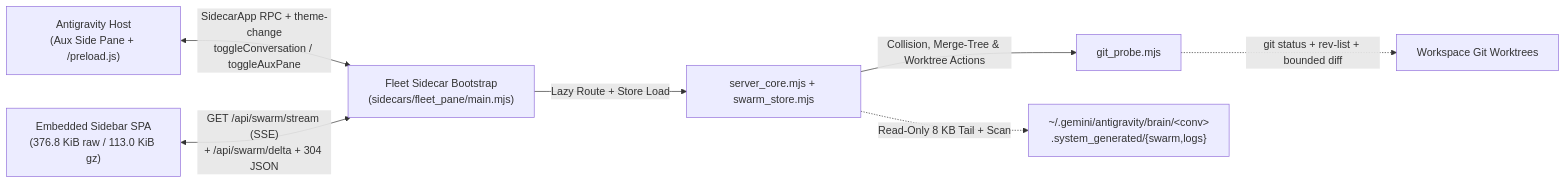
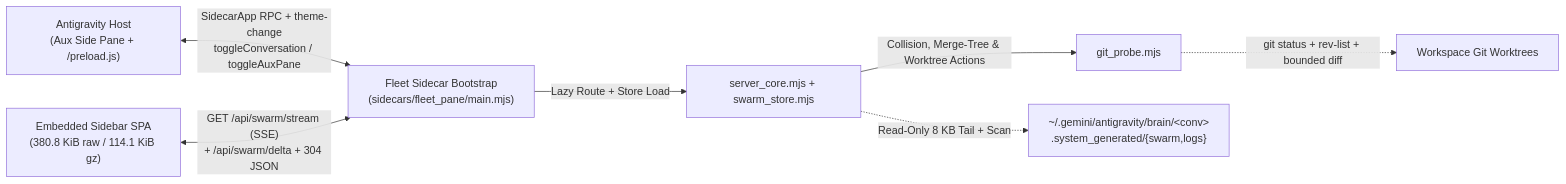
The diagram in README.md (cayleb-james2008/dsh-fleet), drawn with Mermaid before and after one commit. The commit also changed other lines of this file and 17 other files, not shown here.

````diff
--- a/README.md
+++ b/README.md
@@ -100,9 +109,9 @@
 ```mermaid
 flowchart LR
     Host["Antigravity Host<br/>(Aux Side Pane + /preload.js)"] <-->|"SidecarApp RPC + theme-change<br/>toggleConversation / toggleAuxPane"| Backend["Fleet Sidecar Bootstrap<br/>(sidecars/fleet_pane/main.mjs)"]
-    UI["Embedded Sidebar SPA<br/>(376.8 KiB raw / 113.0 KiB gz)"] <-->|"GET /api/swarm/stream (SSE)<br/>+ /api/swarm/delta + 304 JSON"| Backend
+    UI["Embedded Sidebar SPA<br/>(380.8 KiB raw / 114.1 KiB gz)"] <-->|"GET /api/swarm/stream (SSE)<br/>+ /api/swarm/delta + 304 JSON"| Backend
     Backend -->|"Lazy Route + Store Load"| Core["server_core.mjs + swarm_store.mjs"]
     Core -->|"Collision, Merge-Tree & Worktree Actions"| Git["git_probe.mjs"]
     Core -.->|"Read-Only 8 KB Tail + Scan"| Brain["~/.gemini/antigravity/brain/&lt;conv&gt;<br/>.system_generated/{swarm,logs}"]
     Git -.->|"git status + rev-list + bounded diff"| WT["Workspace Git Worktrees"]
 ```
````
